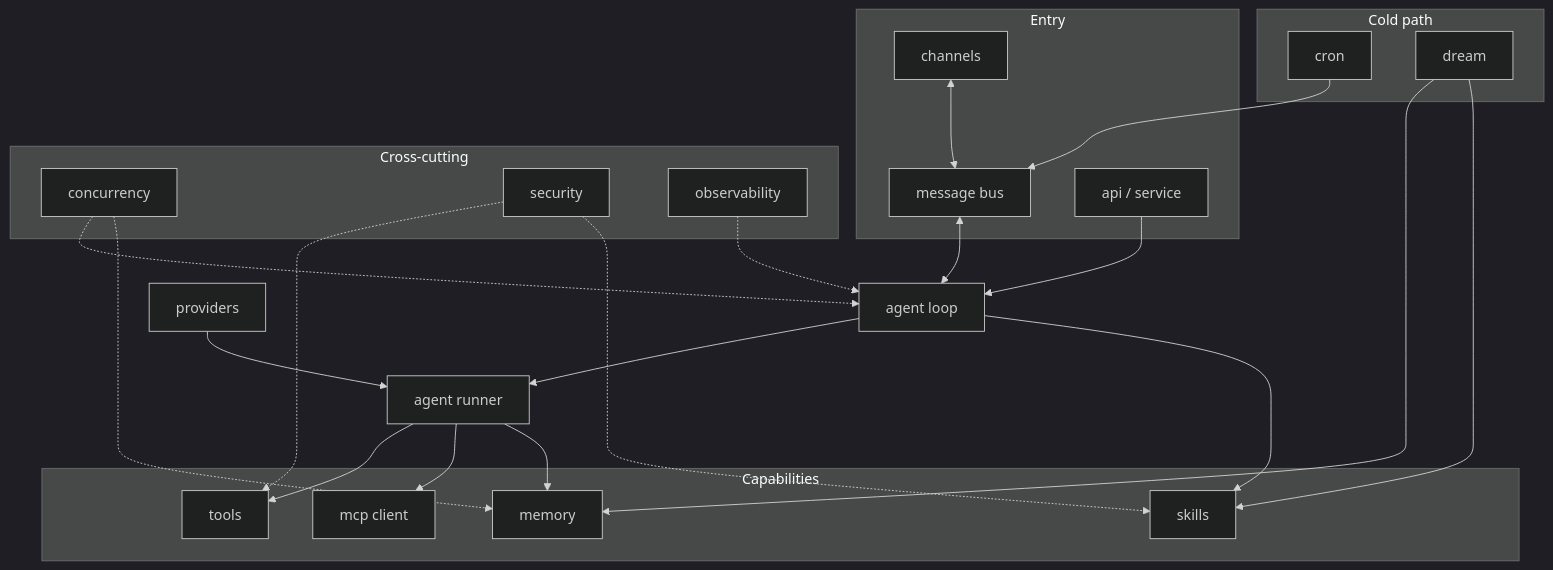
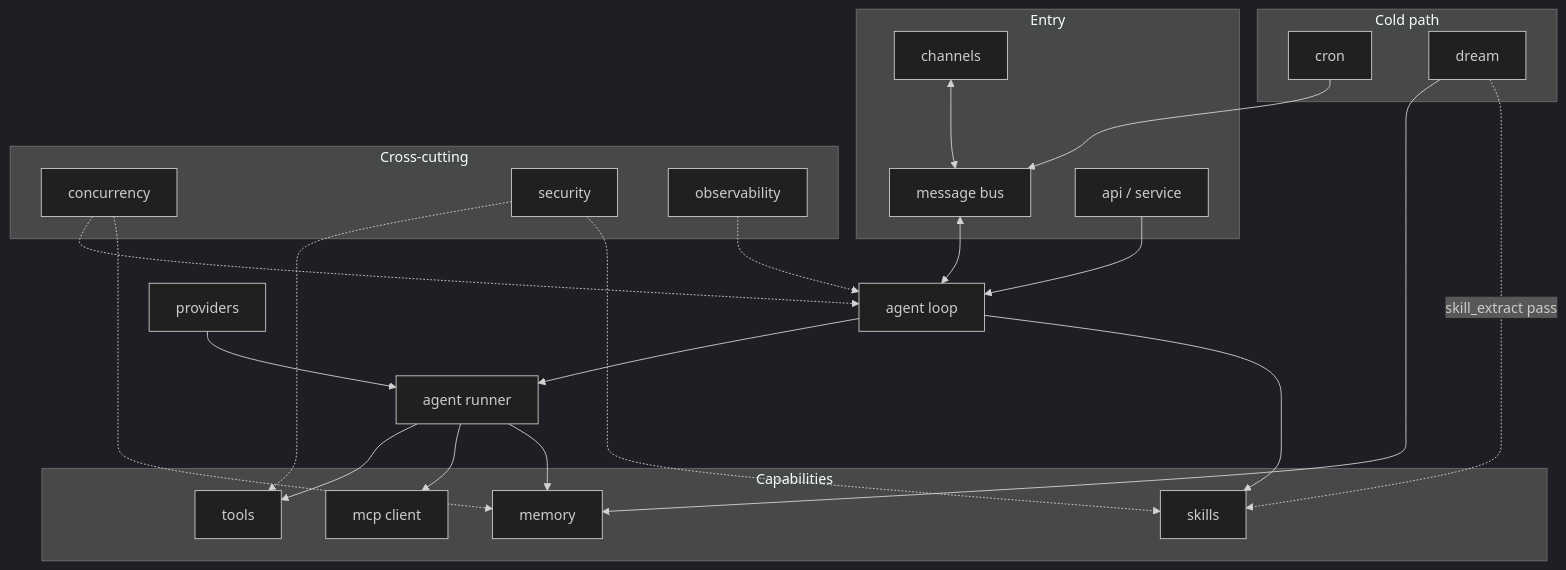
Before and after one commit to mmarmol/durin: the diagram in docs/internals/README.md, drawn with Mermaid (dark theme). The commit also changed other lines of this file and 14 other files, not shown here.

Commit message:
docs(internals): correct factual/diagram findings from Phase 4 review (CLI signatures, config keys, routes, dream passes, registry roles)

````diff
--- a/docs/internals/README.md
+++ b/docs/internals/README.md
@@ -60,49 +77,49 @@
 ```mermaid
 flowchart TB
     subgraph entry["Entry"]
         CH["channels"]
         BUS["message bus"]
         API["api / service"]
     end
 
     LOOP["agent loop"]
     RUNNER["agent runner"]
     PROV["providers"]
 
     subgraph caps["Capabilities"]
         TOOLS["tools"]
         MCP["mcp client"]
         MEM["memory"]
         SKILLS["skills"]
     end
 
     subgraph coldpath["Cold path"]
         CRON["cron"]
         DREAM["dream"]
     end
 
     subgraph crosscut["Cross-cutting"]
         CONC["concurrency"]
         SEC["security"]
         OBS["observability"]
     end
 
     CH <--> BUS
     BUS <--> LOOP
     API --> LOOP
     LOOP --> RUNNER
     PROV --> RUNNER
     RUNNER --> TOOLS
     RUNNER --> MCP
     RUNNER --> MEM
     LOOP --> SKILLS
     CRON --> BUS
     DREAM --> MEM
-    DREAM --> SKILLS
+    DREAM -."skill_extract pass".-> SKILLS
 
     CONC -.-> LOOP
     CONC -.-> MEM
     SEC -.-> TOOLS
     SEC -.-> SKILLS
     OBS -.-> LOOP
 ```
````
